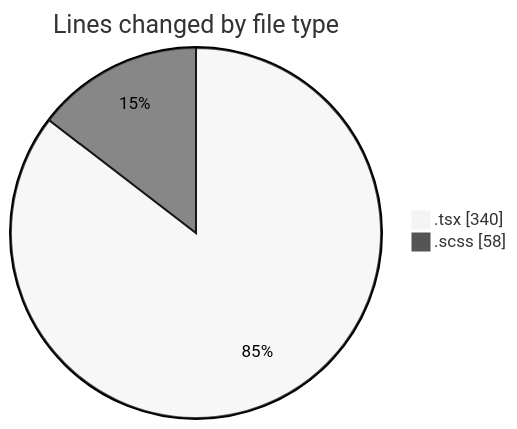
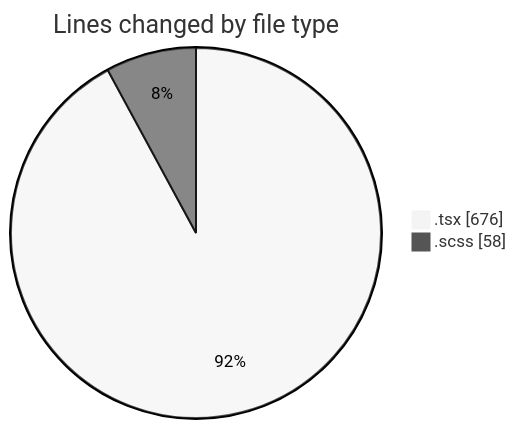
The first of 2 diagrams in 2026-10-05/cda/README.md (momahboobian/code-tracking), drawn with Mermaid (neutral theme) before and after one commit. The commit also changed other lines of this file and 1 other file, not shown here.

````diff
--- a/2026-10-05/cda/README.md
+++ b/2026-10-05/cda/README.md
@@ -23,6 +24,6 @@
 ```mermaid
 pie showData
 title Lines changed by file type
-".tsx" : 340
+".tsx" : 676
 ".scss" : 58
 ```
````
